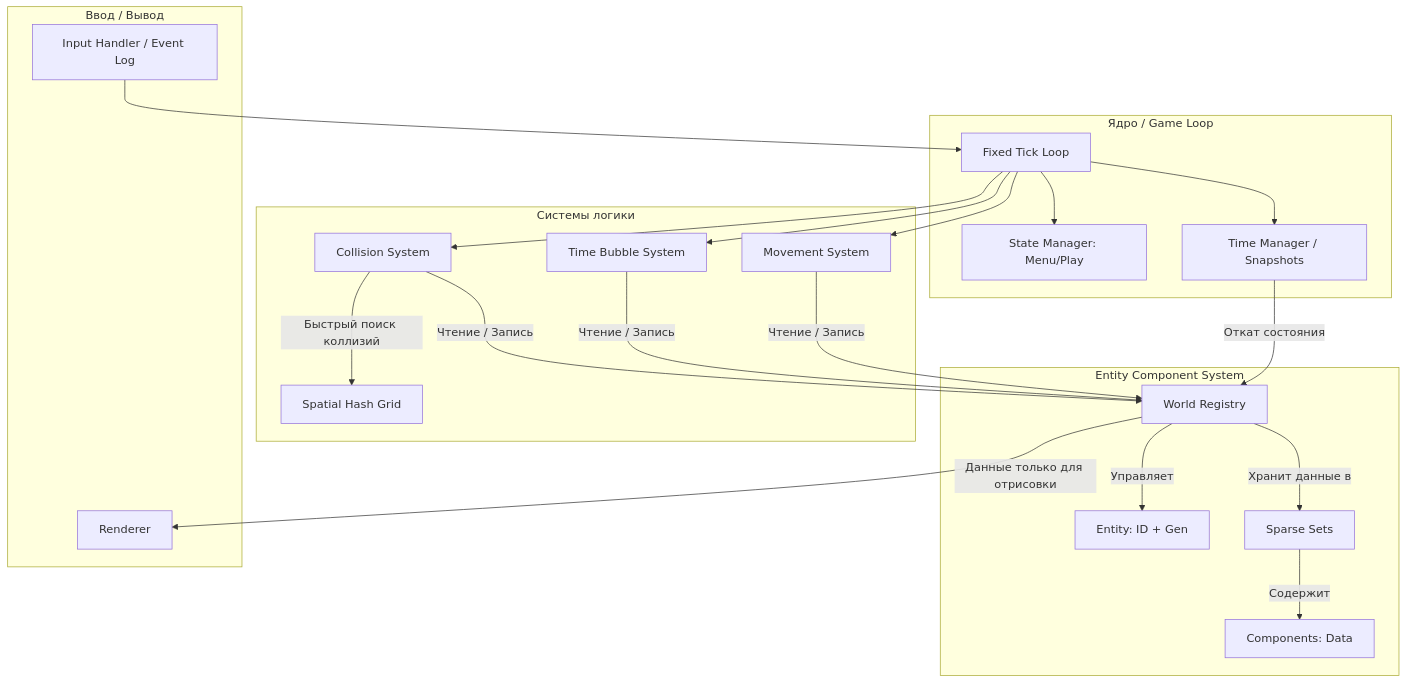
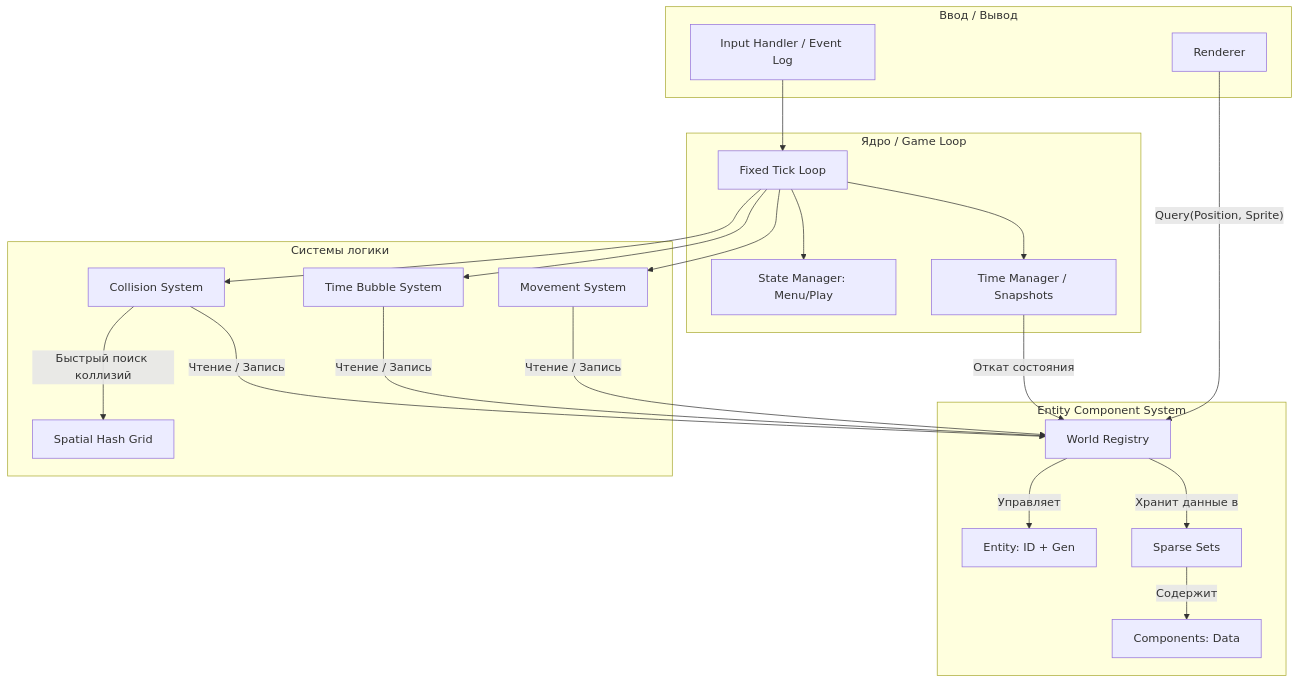
Before and after one commit to DRAGONARU/mypythongame: the first of 4 diagrams in PRESENTATION.md, drawn with Mermaid. The commit also changed other lines of this file and 1 other file, not shown here.

Commit message:
Обновил план для игры

````diff
--- a/PRESENTATION.md
+++ b/PRESENTATION.md
@@ -68,46 +69,46 @@
 ```mermaid
 graph TD
     subgraph Core [Ядро / Game Loop]
         GL[Fixed Tick Loop]
         SM[State Manager: Menu/Play]
         TM[Time Manager / Snapshots]
     end
 
     subgraph ECS [Entity Component System]
         W[World Registry]
         E[Entity: ID + Gen]
         C[Components: Data]
         SS[Sparse Sets]
         
         W -->|Хранит данные в| SS
         SS -->|Содержит| C
         W -->|Управляет| E
     end
     
     subgraph Systems [Системы логики]
         SysMove[Movement System]
         SysTime[Time Bubble System]
         SysColl[Collision System]
         SHG[Spatial Hash Grid]
         SysColl -->|Быстрый поиск коллизий| SHG
     end
     
     subgraph External [Ввод / Вывод]
         IN[Input Handler / Event Log]
         REN[Renderer]
     end
 
     IN --> GL
     GL --> SM
     GL --> TM
     GL --> SysMove
     GL --> SysTime
     GL --> SysColl
     
     SysMove -->|Чтение / Запись| W
     SysTime -->|Чтение / Запись| W
     SysColl -->|Чтение / Запись| W
     
-    W -->|Данные только для отрисовки| REN
+    REN -->|"Query(Position, Sprite)"| W
     TM -->|Откат состояния| W
 ```
````
